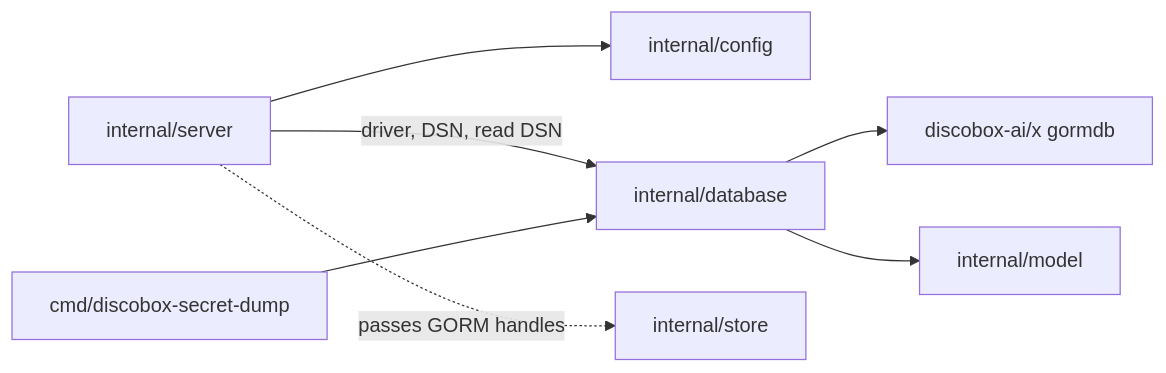
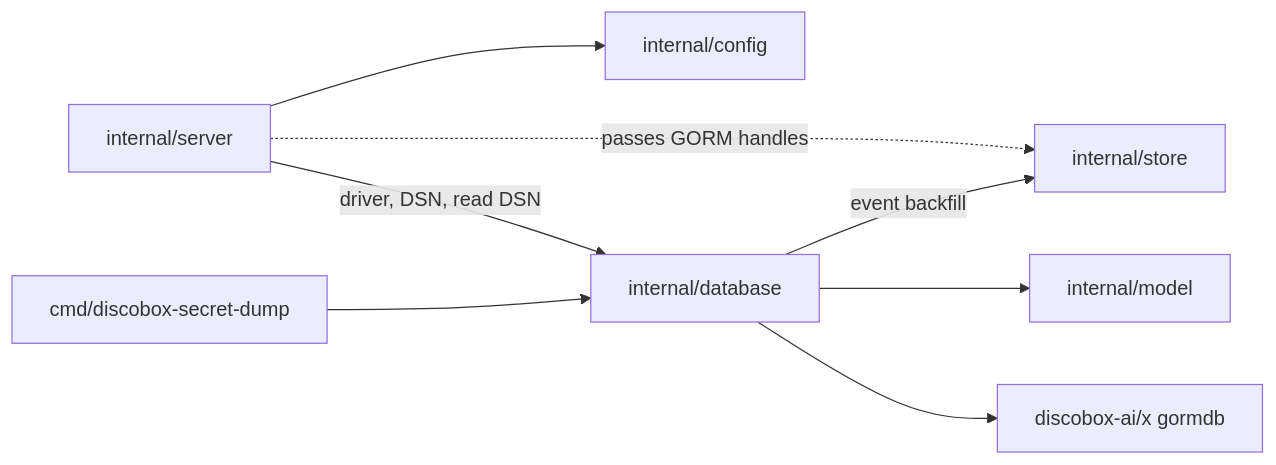
The diagram in server/internal/database/DESIGN.md (discobox-ai/discobox), drawn with Mermaid before and after one commit. The commit also changed other lines of this file and 42 other files, not shown here.

````diff
--- a/server/internal/database/DESIGN.md
+++ b/server/internal/database/DESIGN.md
@@ -9,9 +9,10 @@
 ```mermaid
 flowchart LR
     server[internal/server] --> config[internal/config]
     server -- driver, DSN, read DSN --> database[internal/database]
     server -. passes GORM handles .-> store[internal/store]
     secretdump[cmd/discobox-secret-dump] --> database
     database --> gormdb[discobox-ai/x gormdb]
     database --> model[internal/model]
+    database -- "event backfill" --> store
 ```
````
